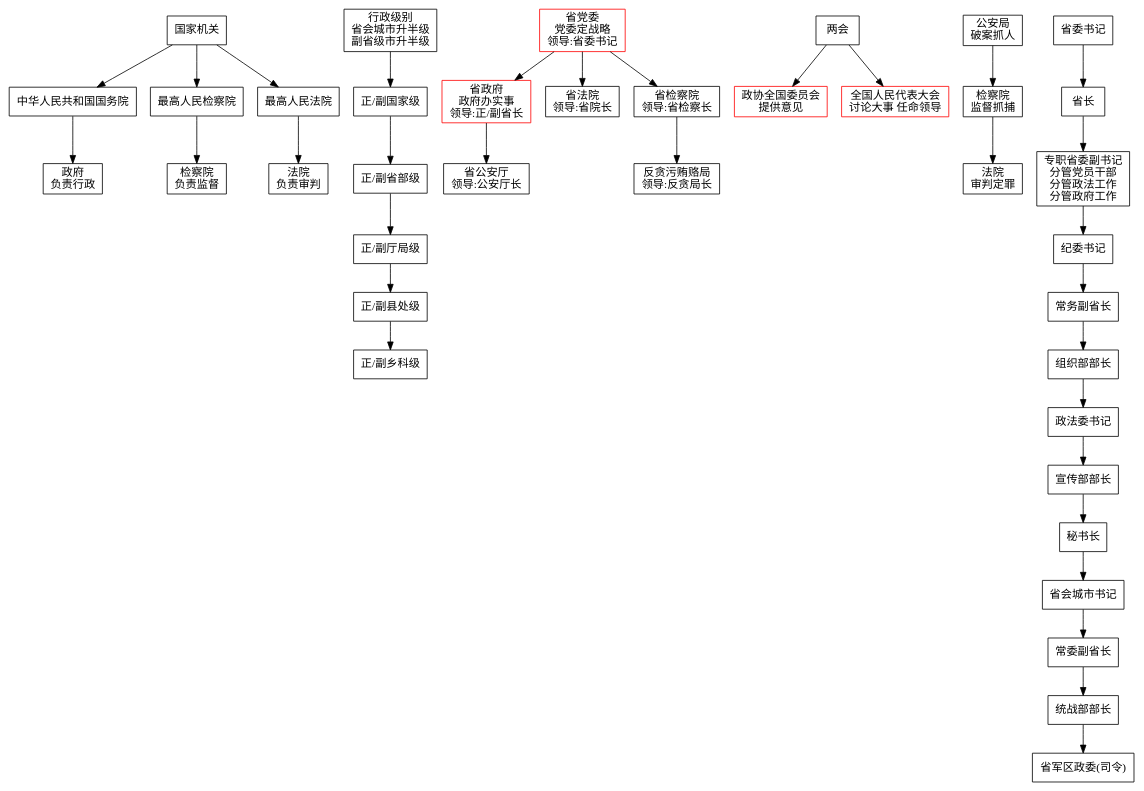
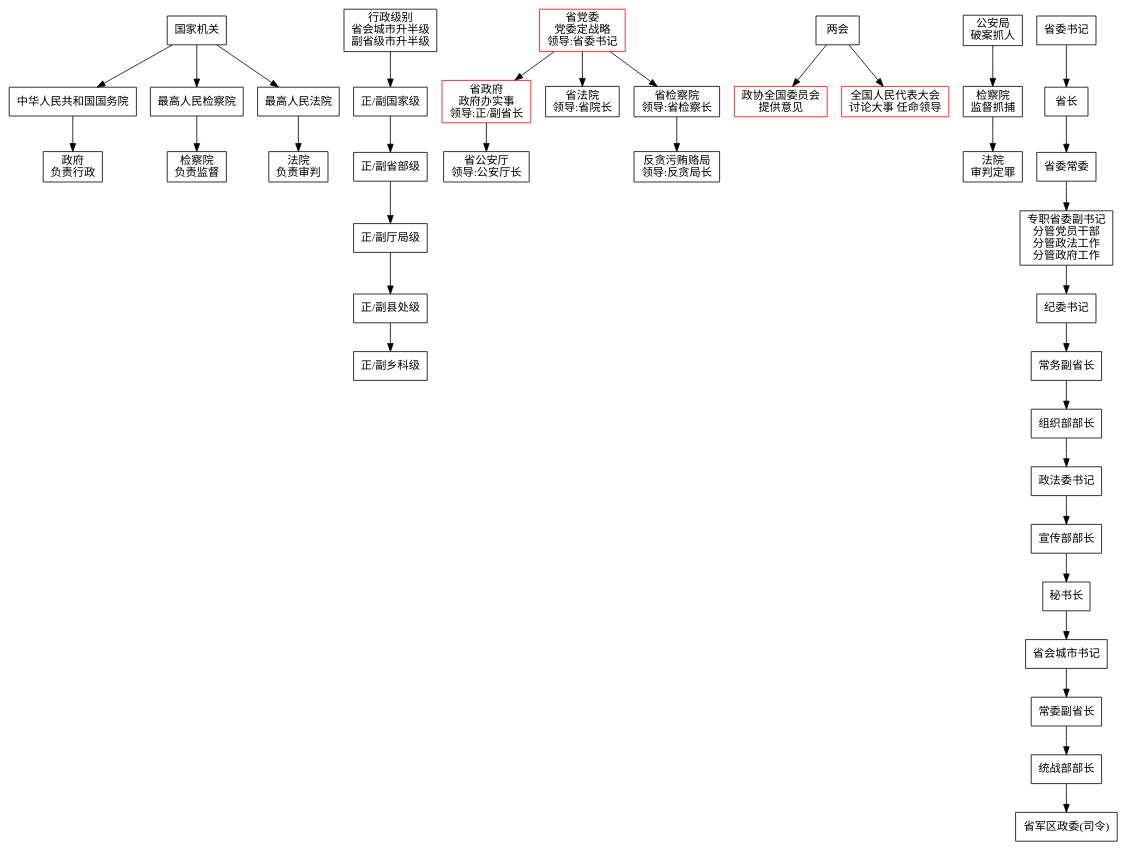
Before and after one commit to JamesHopbourn/matplotlib-with-travis: the diagram in Gov.dot, drawn with Graphviz.

```diff
--- a/Gov.dot
+++ b/Gov.dot
@@ -1,25 +1,25 @@
 digraph Orthogonal {
   node [shape=box];
   "国家机关" -> "中华人民共和国国务院" -> "政府\n负责行政";
   "国家机关" -> "最高人民检察院" -> "检察院\n负责监督";
   "国家机关" -> "最高人民法院" -> "法院\n负责审判";
 
   "行政级别\n省会城市升半级\n副省级市升半级" -> "正/副国家级" -> "正/副省部级" -> "正/副厅局级" -> "正/副县处级" -> "正/副乡科级";
 
   "省党委\n党委定战略\n领导:省委书记" [color="#FF0000"];
   "省政府\n政府办实事\n领导:正/副省长" [color="#FF0000"];
   "政协全国委员会\n提供意见" [color="#FF0000"];
   "全国人民代表大会\n讨论大事 任命领导" [color="#FF0000"];
 
 
   "省党委\n党委定战略\n领导:省委书记" -> "省政府\n政府办实事\n领导:正/副省长" -> "省公安厅\n领导:公安厅长";
   "省党委\n党委定战略\n领导:省委书记" -> "省法院\n领导:省院长";
   "省党委\n党委定战略\n领导:省委书记" -> "省检察院\n领导:省检察长" -> "反贪污贿赂局\n领导:反贪局长"; 
 
   "两会" -> "全国人民代表大会\n讨论大事 任命领导";
   "两会" -> "政协全国委员会\n提供意见";
 
   "公安局\n破案抓人" -> "检察院\n监督抓捕" -> "法院\n审判定罪";
   
-  "省委书记" -> "省长" -> "专职省委副书记\n分管党员干部\n分管政法工作\n分管政府工作" -> "纪委书记" -> "常务副省长" -> "组织部部长" -> "政法委书记" -> "宣传部部长" -> "秘书长" -> "省会城市书记" -> "常委副省长" -> "统战部部长" -> "省军区政委(司令)";
+  "省委书记" -> "省长" -> "省委常委" -> "专职省委副书记\n分管党员干部\n分管政法工作\n分管政府工作" -> "纪委书记" -> "常务副省长" -> "组织部部长" -> "政法委书记" -> "宣传部部长" -> "秘书长" -> "省会城市书记" -> "常委副省长" -> "统战部部长" -> "省军区政委(司令)";
 }
```
